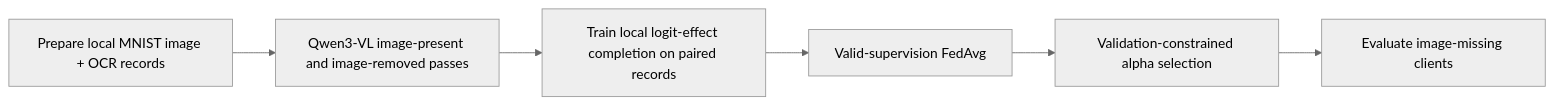
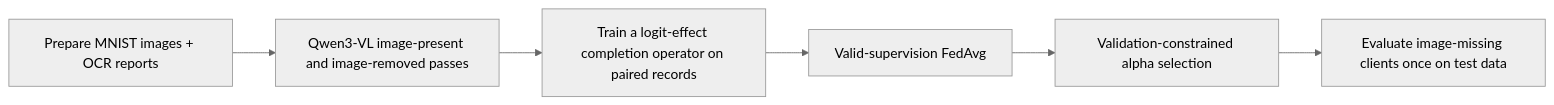
The diagram in research/fedcore/README.md (NVIDIA/NVFlare), drawn with Mermaid (neutral theme) before and after one commit. The commit also changed other lines of this file, not shown here.

````diff
--- a/research/fedcore/README.md
+++ b/research/fedcore/README.md
@@ -76,8 +115,8 @@
 ```mermaid
 flowchart LR
-    A[Prepare local MNIST image + OCR records] --> B[Qwen3-VL image-present and image-removed passes]
-    B --> C[Train local logit-effect completion on paired records]
+    A[Prepare MNIST images + OCR reports] --> B[Qwen3-VL image-present and image-removed passes]
+    B --> C[Train a logit-effect completion operator on paired records]
     C --> D[Valid-supervision FedAvg]
     D --> E[Validation-constrained alpha selection]
-    E --> F[Evaluate image-missing clients]
+    E --> F[Evaluate image-missing clients once on test data]
 ```
````
